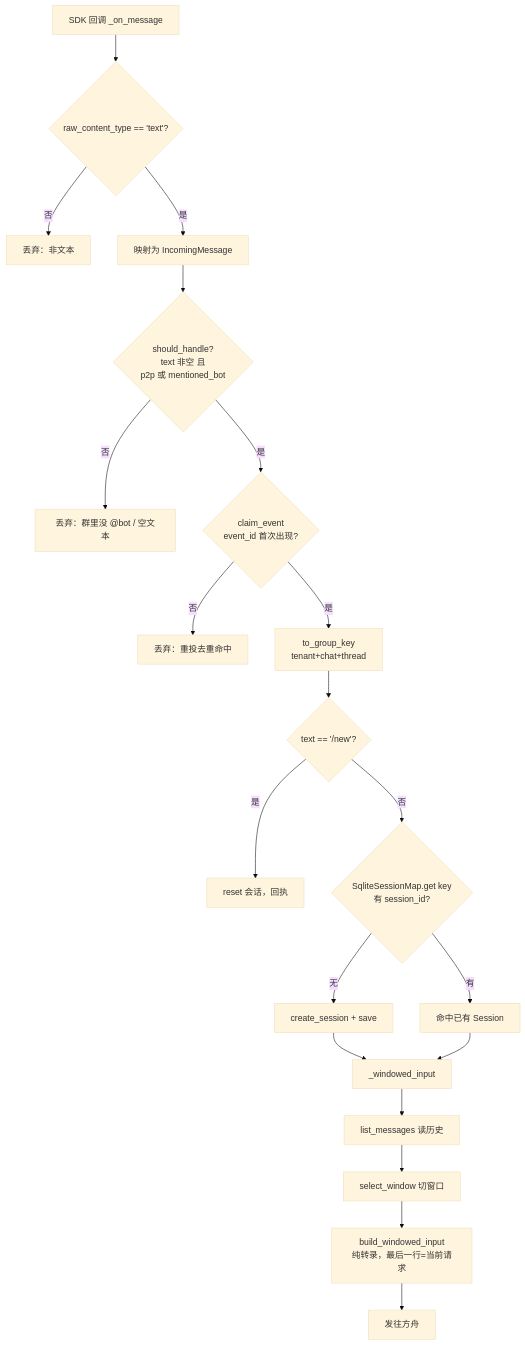
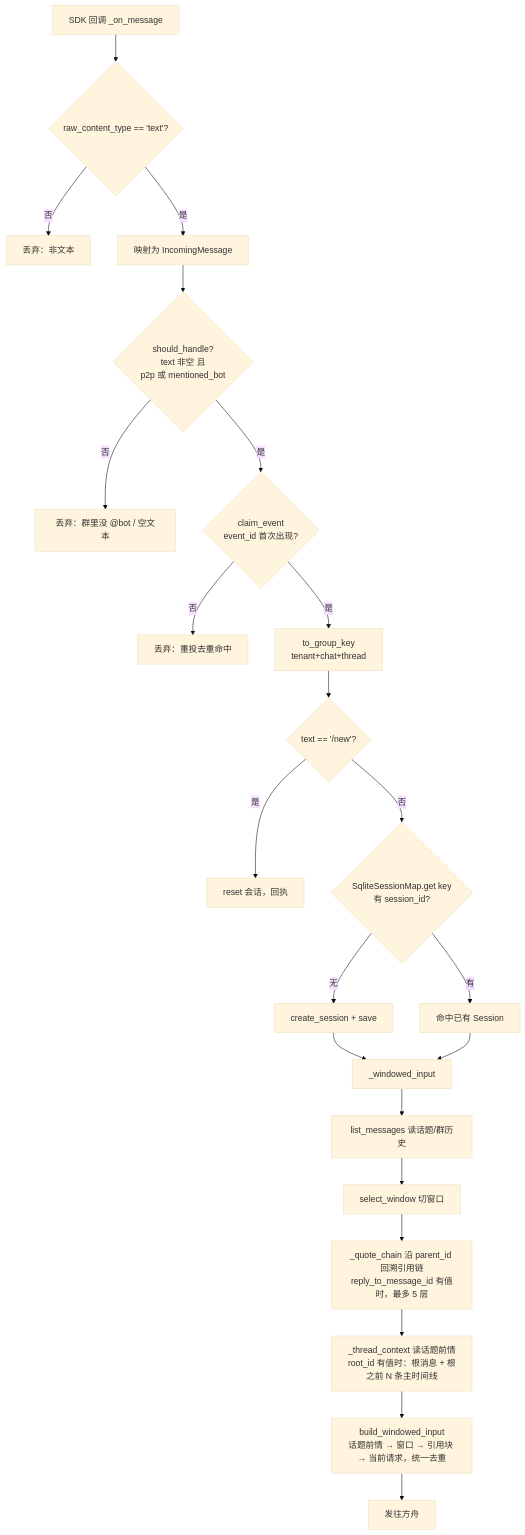
The second of 4 diagrams in scenarios/feishu-bot/cases/group-bot/ARCHITECTURE.md (FeiZhuNiU-INFJA/ARK-MA-Best-Practise), drawn with Mermaid (base theme) before and after one commit. The commit also changed other lines of this file and 11 other files, not shown here.

````diff
--- a/scenarios/feishu-bot/cases/group-bot/ARCHITECTURE.md
+++ b/scenarios/feishu-bot/cases/group-bot/ARCHITECTURE.md
@@ -54,22 +55,24 @@
 ```mermaid
 flowchart TD
     A[SDK 回调 _on_message] --> B{raw_content_type == 'text'?}
     B -- 否 --> X1[丢弃：非文本]
     B -- 是 --> C[映射为 IncomingMessage]
     C --> D{should_handle?\ntext 非空 且\n p2p 或 mentioned_bot}
     D -- 否 --> X2[丢弃：群里没 @bot / 空文本]
     D -- 是 --> E{claim_event\nevent_id 首次出现?}
     E -- 否 --> X3[丢弃：重投去重命中]
     E -- 是 --> F[to_group_key\ntenant+chat+thread]
     F --> G{text == '/new'?}
     G -- 是 --> R[reset 会话，回执]
     G -- 否 --> H{SqliteSessionMap.get key\n有 session_id?}
     H -- 无 --> I[create_session + save]
     H -- 有 --> J[命中已有 Session]
     I --> K
     J --> K[_windowed_input]
-    K --> L[list_messages 读历史]
+    K --> L[list_messages 读话题/群历史]
     L --> M[select_window 切窗口]
-    M --> N[build_windowed_input\n纯转录，最后一行=当前请求]
+    M --> Q[_quote_chain 沿 parent_id 回溯引用链\nreply_to_message_id 有值时，最多 5 层]
+    Q --> T[_thread_context 读话题前情\nroot_id 有值时：根消息 + 根之前 N 条主时间线]
+    T --> N[build_windowed_input\n话题前情 → 窗口 → 引用块 → 当前请求，统一去重]
     N --> O[发往方舟]
 ```
````
